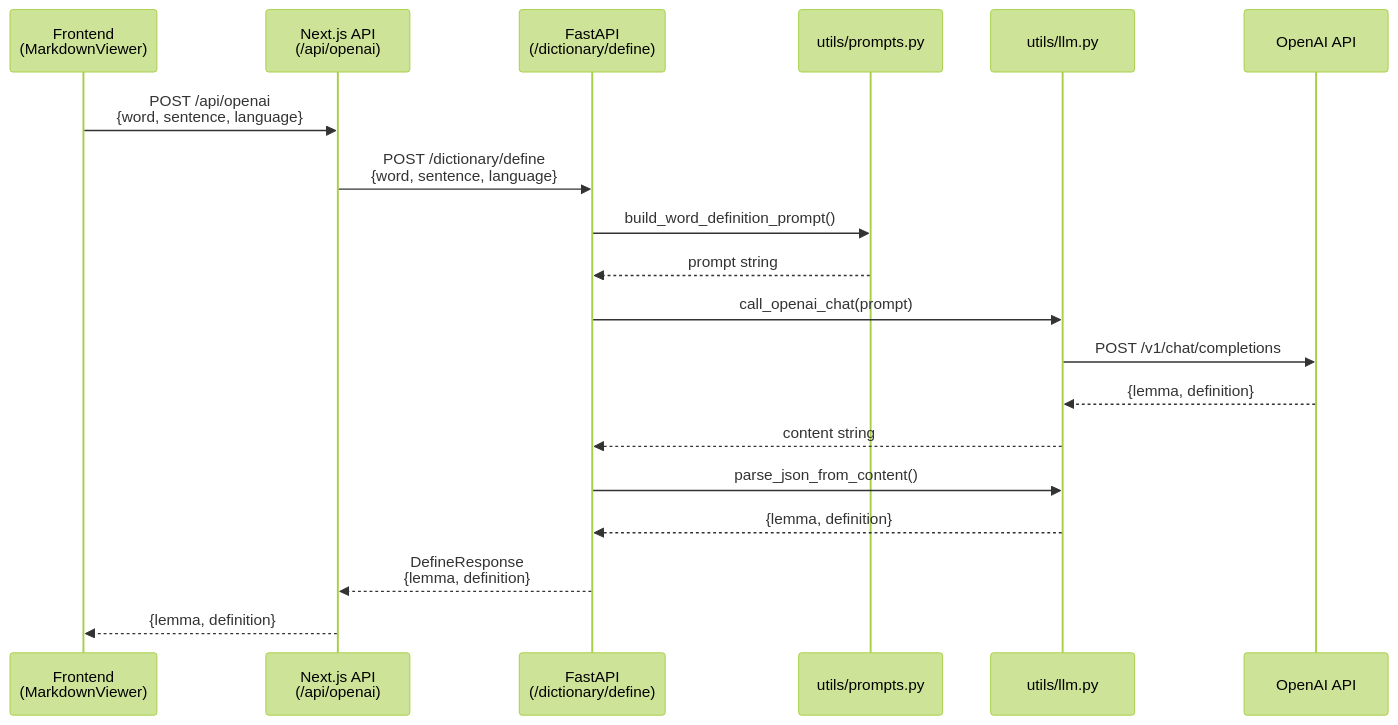
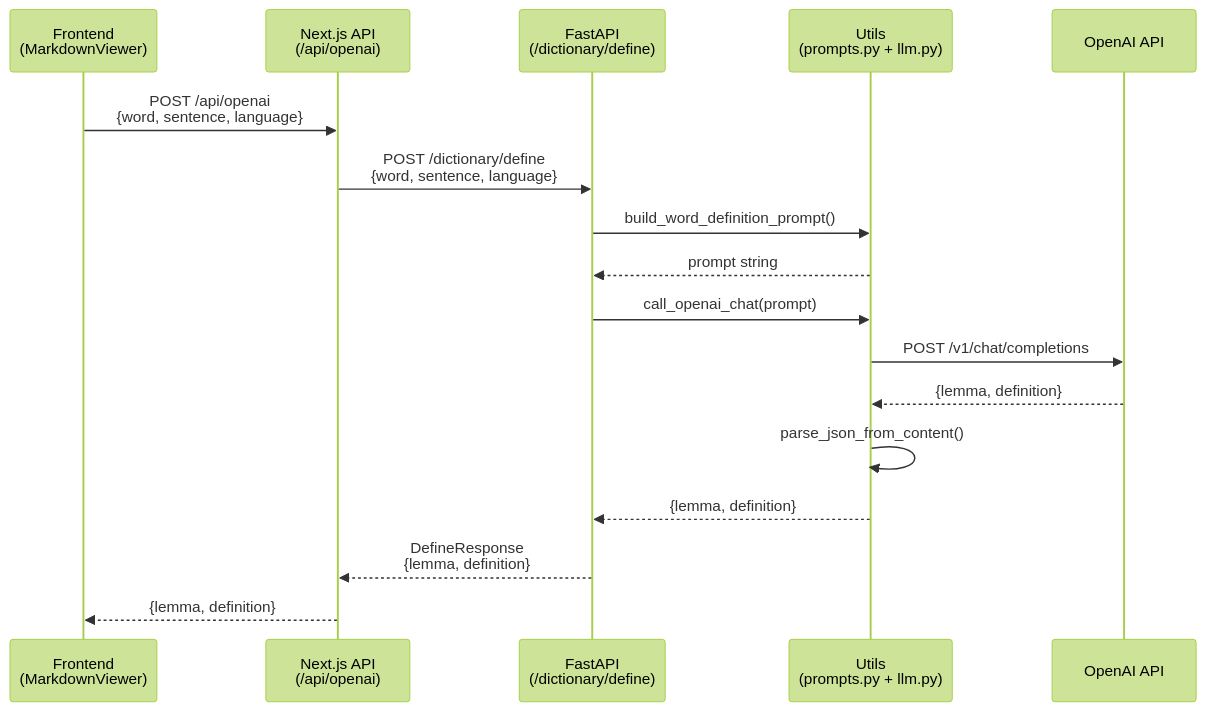
One commit to seung-gu/opad changed the third of 3 diagrams in ARCHITECTURE.md. Above: the diagram before and after it, drawn with Mermaid (forest theme). The commit also changed other lines of this file, not shown here.

````diff
--- a/ARCHITECTURE.md
+++ b/ARCHITECTURE.md
@@ -110,26 +381,23 @@
 ```mermaid
 sequenceDiagram
     participant Frontend as Frontend<br/>(MarkdownViewer)
     participant NextAPI as Next.js API<br/>(/api/openai)
     participant FastAPI as FastAPI<br/>(/dictionary/define)
-    participant Prompts as utils/prompts.py
-    participant LLM as utils/llm.py
+    participant Utils as Utils<br/>(prompts.py + llm.py)
     participant OpenAI as OpenAI API
     
     Frontend->>NextAPI: POST /api/openai<br/>{word, sentence, language}
     NextAPI->>FastAPI: POST /dictionary/define<br/>{word, sentence, language}
     
-    FastAPI->>Prompts: build_word_definition_prompt()
-    Prompts-->>FastAPI: prompt string
+    FastAPI->>Utils: build_word_definition_prompt()
+    Utils-->>FastAPI: prompt string
     
-    FastAPI->>LLM: call_openai_chat(prompt)
-    LLM->>OpenAI: POST /v1/chat/completions
-    OpenAI-->>LLM: {lemma, definition}
-    LLM-->>FastAPI: content string
-    
-    FastAPI->>LLM: parse_json_from_content()
-    LLM-->>FastAPI: {lemma, definition}
+    FastAPI->>Utils: call_openai_chat(prompt)
+    Utils->>OpenAI: POST /v1/chat/completions
+    OpenAI-->>Utils: {lemma, definition}
+    Utils->>Utils: parse_json_from_content()
+    Utils-->>FastAPI: {lemma, definition}
     
     FastAPI-->>NextAPI: DefineResponse<br/>{lemma, definition}
     NextAPI-->>Frontend: {lemma, definition}
 ```
````
